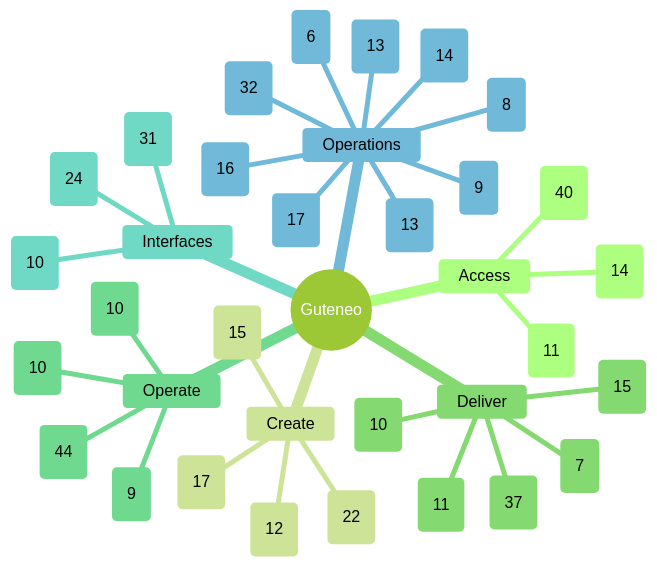
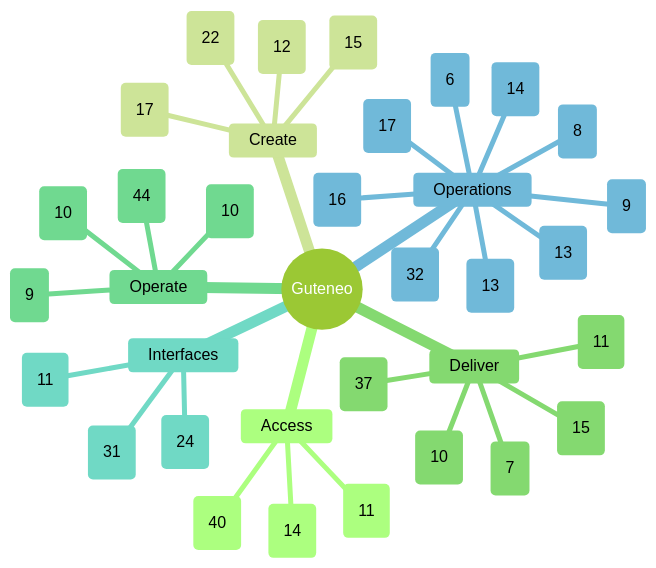
The diagram in docs/FEATURE_MAP.md (nclsppr/guteneo), drawn with Mermaid (forest theme) before and after one commit. The commit also changed other lines of this file and 11 other files, not shown here.

````diff
--- a/docs/FEATURE_MAP.md
+++ b/docs/FEATURE_MAP.md
@@ -13,38 +13,38 @@
 ```mermaid
 mindmap
   root((Guteneo))
     Access
       Access and identity (40)
       Team and responsibilities (11)
       Workspace administration and reports (14)
     Create
       Documents and protection (22)
       Template studio (15)
       Data and mappings (12)
       PDF generation and distribution (17)
     Deliver
       Fax (10)
       Postal mail (11)
       Email and protected links (15)
       Sensitive distribution and personal documents (37)
       Dispatch dry run (7)
     Operate
       Campaigns and tracking (9)
       Credits and billing (10)
       Workspace layout and browser appearance (44)
       PDF verification (10)
     Interfaces
       Assistants and API (31)
-      iPhone and iPad (10)
+      iPhone and iPad (11)
       Public pages, languages and appearance (24)
     Operations
       Reviewer OAuth qualification (9)
       Operations and reliability (32)
       Belvédère platform oversight (14)
       Public service status (16)
       Engineering documentation (13)
       Codex Cloud development (8)
       Continuous reviewer preparation (6)
       Automatic fax tariff maintenance (13)
       Consumed provider freshness and preventive deadline actions (17)
 ```
````
